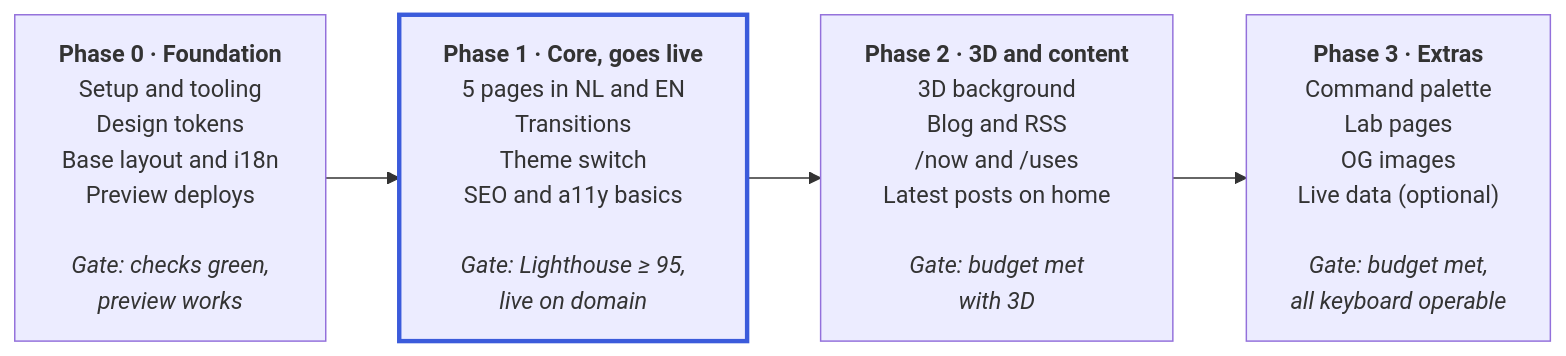
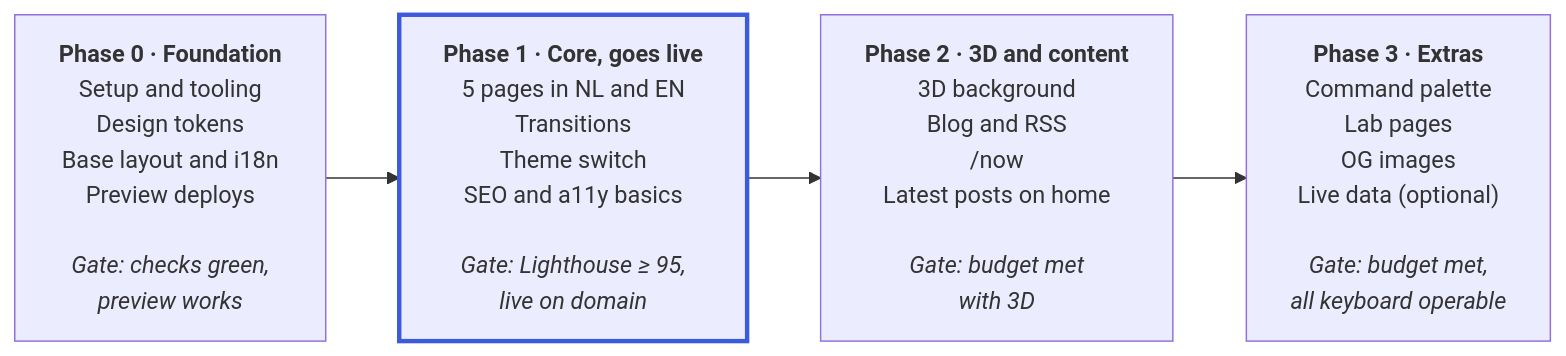
The diagram in docs/project-spec.md (lucieneu/personal-website), drawn with Mermaid before and after one commit. The commit also changed other lines of this file and 45 other files, not shown here.

First line of the commit message:
Phase 2: blog with RSS, /now, latest posts on home (#13)

````diff
--- a/docs/project-spec.md
+++ b/docs/project-spec.md
@@ -640,10 +643,10 @@
 ```mermaid
 flowchart LR
   F0["<b>Phase 0 · Foundation</b><br/>Setup and tooling<br/>Design tokens<br/>Base layout and i18n<br/>Preview deploys<br/><br/><i>Gate: checks green,<br/>preview works</i>"]
   F1["<b>Phase 1 · Core, goes live</b><br/>5 pages in NL and EN<br/>Transitions<br/>Theme switch<br/>SEO and a11y basics<br/><br/><i>Gate: Lighthouse ≥ 95,<br/>live on domain</i>"]
-  F2["<b>Phase 2 · 3D and content</b><br/>3D background<br/>Blog and RSS<br/>/now and /uses<br/>Latest posts on home<br/><br/><i>Gate: budget met<br/>with 3D</i>"]
+  F2["<b>Phase 2 · 3D and content</b><br/>3D background<br/>Blog and RSS<br/>/now<br/>Latest posts on home<br/><br/><i>Gate: budget met<br/>with 3D</i>"]
   F3["<b>Phase 3 · Extras</b><br/>Command palette<br/>Lab pages<br/>OG images<br/>Live data (optional)<br/><br/><i>Gate: budget met,<br/>all keyboard operable</i>"]
   F0 --> F1 --> F2 --> F3
   classDef live stroke:#3B5BDB,stroke-width:3px
   class F1 live
 ```
````
